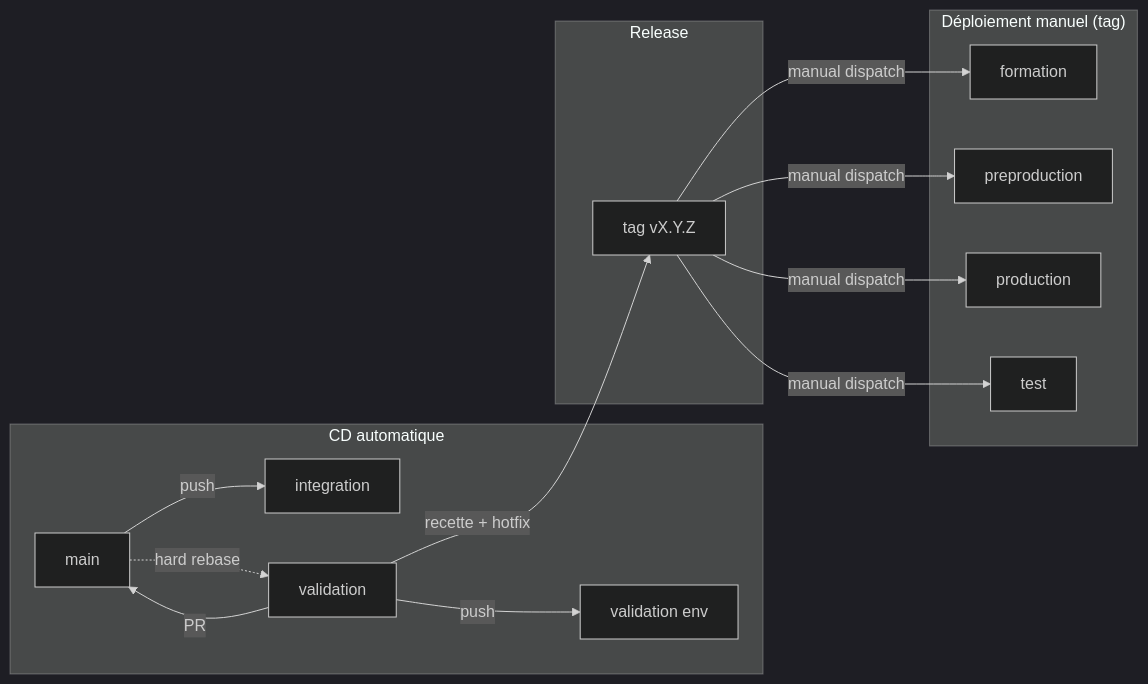
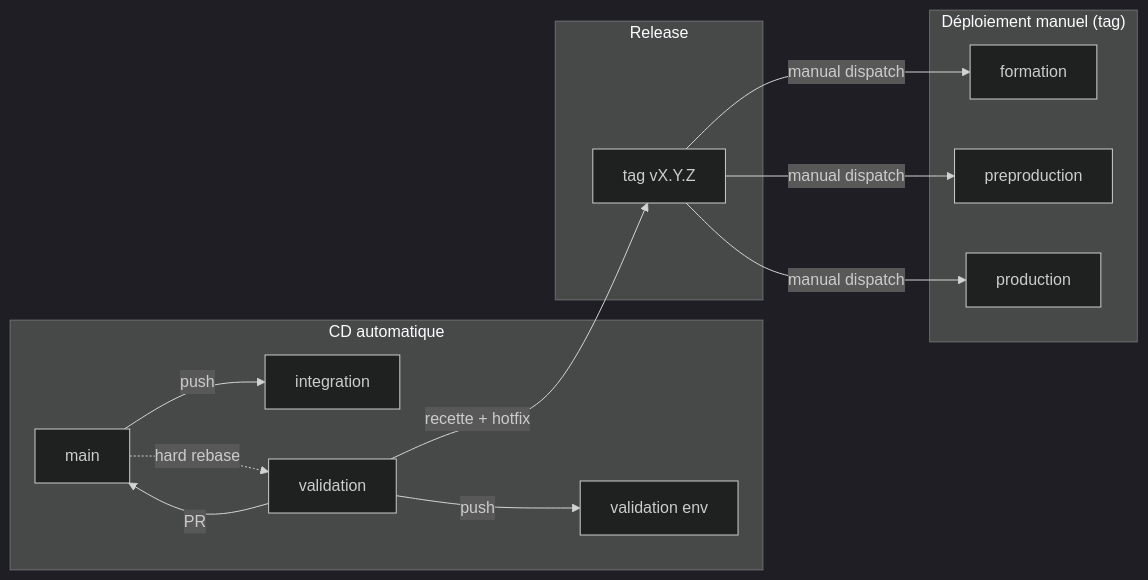
Before and after one commit to DNUM-SocialGouv/sirena: the first of 4 diagrams in docs/RELEASE_PROCESS.md, drawn with Mermaid (dark theme). The commit also changed other lines of this file, not shown here.

Commit message:
doc: remove test env, who's a devops-only env

````diff
--- a/docs/RELEASE_PROCESS.md
+++ b/docs/RELEASE_PROCESS.md
@@ -5,20 +5,19 @@
 ```mermaid
 graph LR
     subgraph CD automatique
         main["main"] -->|push| integration["integration"]
         validation["validation"] -->|push| val_env["validation env"]
     end
 
     subgraph Release
         main -.->|hard rebase| validation
         validation -->|recette + hotfix| tag["tag vX.Y.Z"]
         validation -->|PR| main
     end
 
     subgraph "Déploiement manuel (tag)"
         tag -->|manual dispatch| formation["formation"]
         tag -->|manual dispatch| preproduction["preproduction"]
         tag -->|manual dispatch| production["production"]
-        tag -->|manual dispatch| test["test"]
     end
 ```
````
